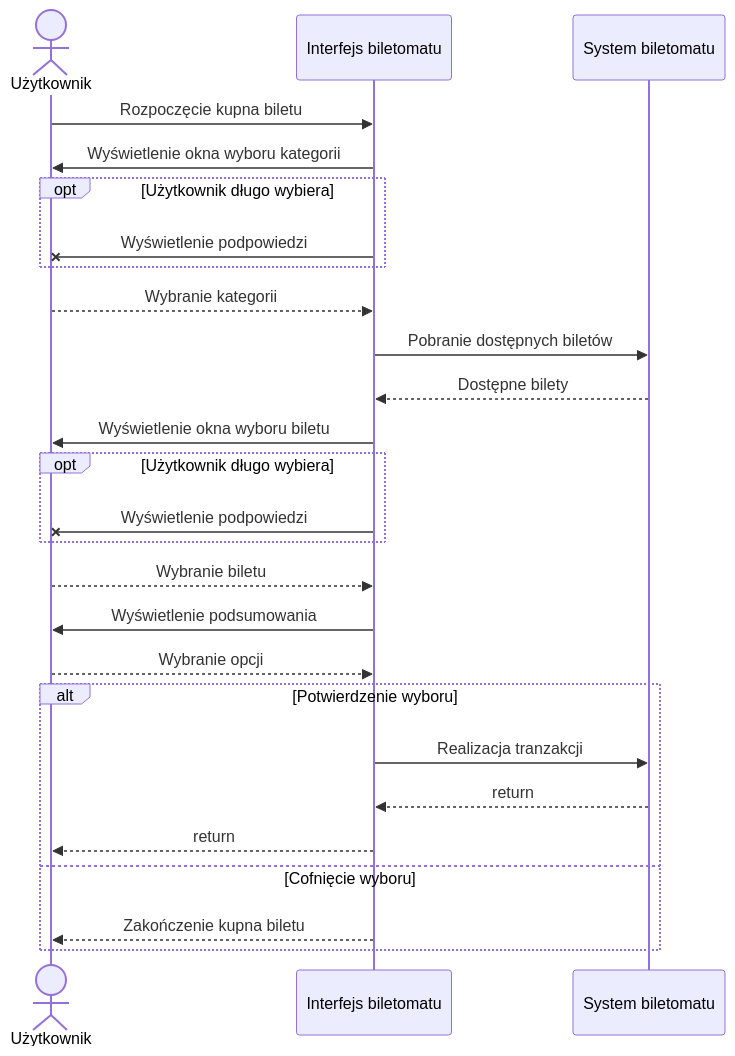
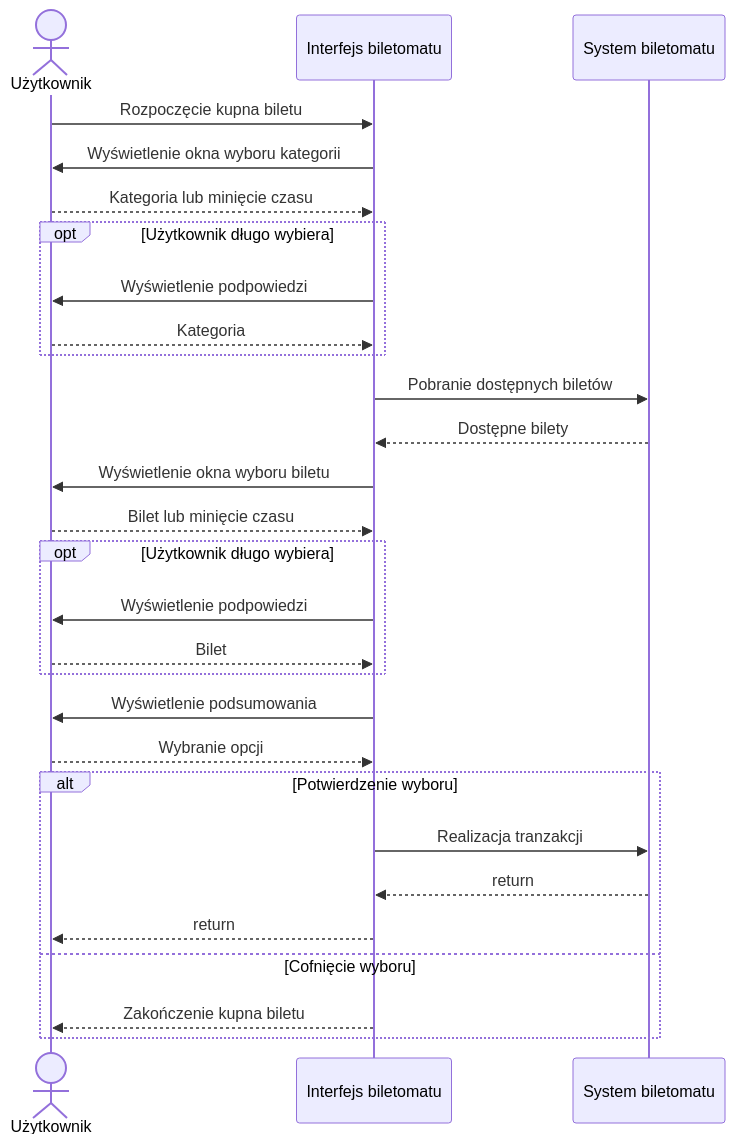
Before and after one commit to MarcinMarszewski/dowolna_nazwa: the seventh of 8 diagrams in userstories/user.md, drawn with Mermaid.

````diff
--- a/userstories/user.md
+++ b/userstories/user.md
@@ -368,34 +368,36 @@
 ```mermaid
 sequenceDiagram
   actor user as Użytkownik
   participant ui as Interfejs biletomatu
   participant sys as System biletomatu
 
   user->>ui: Rozpoczęcie kupna biletu
   ui->>user: Wyświetlenie okna wyboru kategorii
+  user-->>ui: Kategoria lub minięcie czasu
 
   OPT Użytkownik długo wybiera
-    ui-Xuser: Wyświetlenie podpowiedzi
+    ui->>user: Wyświetlenie podpowiedzi
+    user-->>ui: Kategoria
   END
-  user-->>ui: Wybranie kategorii
   ui->>sys: Pobranie dostępnych biletów
   sys-->>ui: Dostępne bilety
 
   ui->>user: Wyświetlenie okna wyboru biletu
-  
+  user-->>ui: Bilet lub minięcie czasu
+
   OPT Użytkownik długo wybiera
-    ui-Xuser: Wyświetlenie podpowiedzi
+    ui->>user: Wyświetlenie podpowiedzi
+    user-->>ui: Bilet
   END
 
-  user-->>ui: Wybranie biletu
   ui->>user: Wyświetlenie podsumowania
   user-->>ui: Wybranie opcji
 
   ALT Potwierdzenie wyboru
     ui->>sys: Realizacja tranzakcji
     sys-->>ui: return
     ui-->>user: return
   ELSE Cofnięcie wyboru
     ui-->>user: Zakończenie kupna biletu
   END
 ```
````
